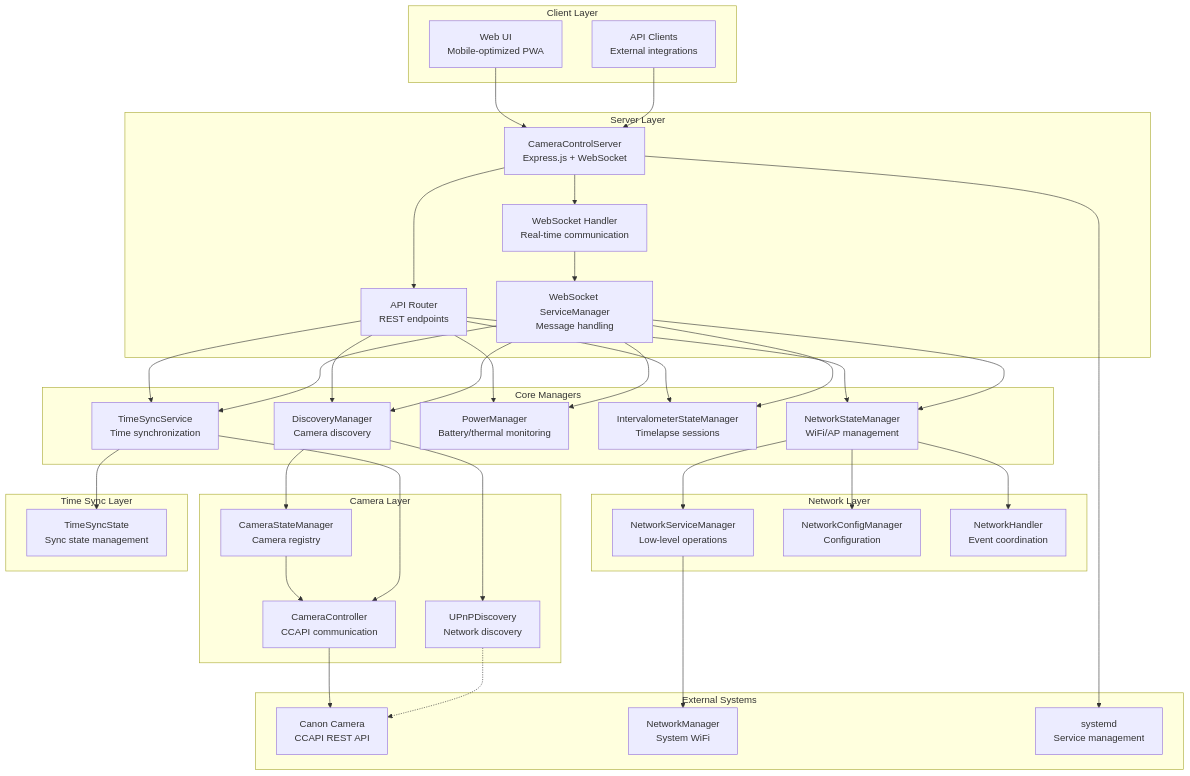
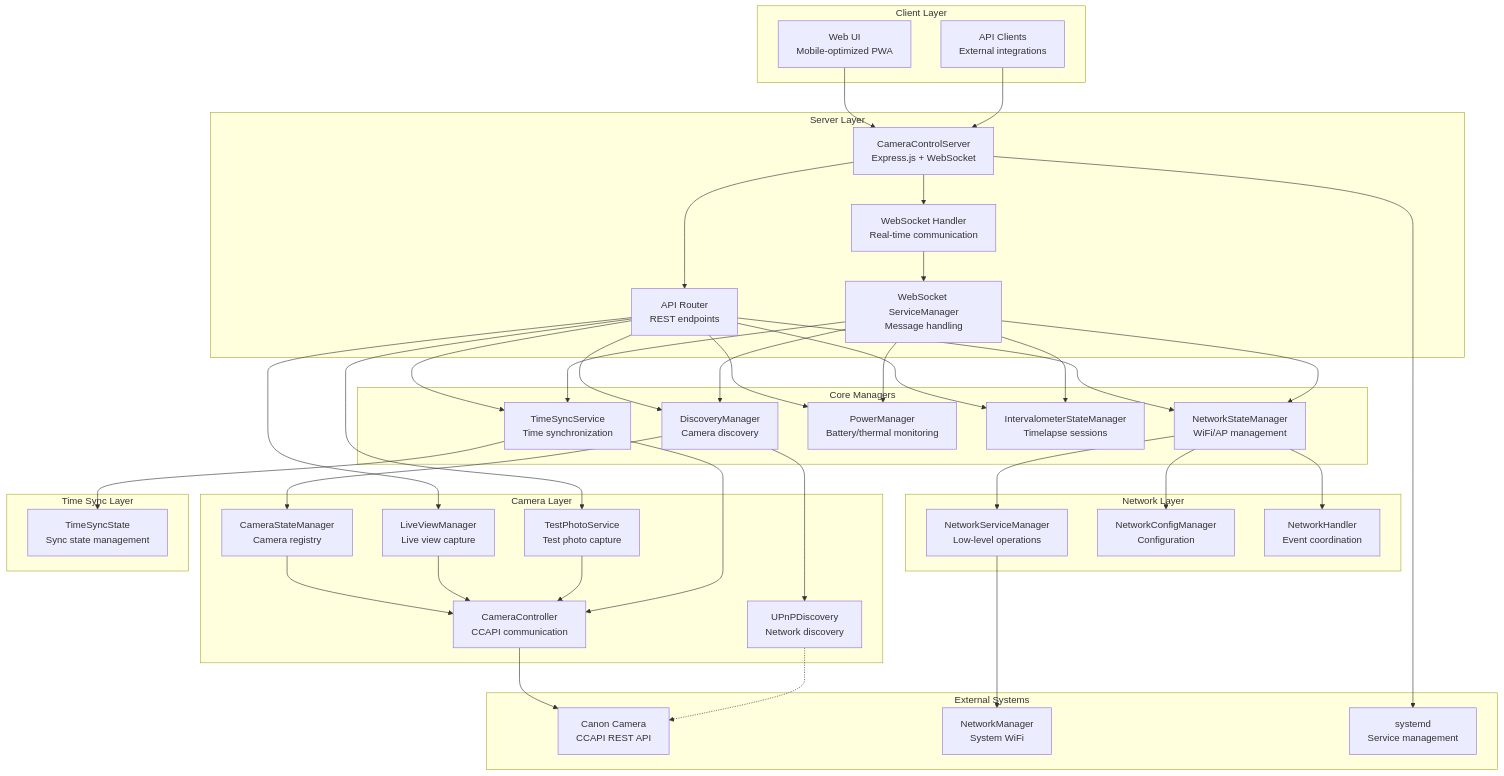
Before and after one commit to PapaMarky/pi-camera-control: the diagram in docs/design/architecture-overview.md, drawn with Mermaid. The commit also changed other lines of this file and 12 other files, not shown here.

First line of the commit message:
Add Test Photo feature with event polling and EXIF metadata (#49)

```diff
--- a/docs/design/architecture-overview.md
+++ b/docs/design/architecture-overview.md
@@ -38,6 +38,8 @@
     subgraph "Camera Layer"
         CAM_STATE[CameraStateManager<br/>Camera registry]
         CAM_CTRL[CameraController<br/>CCAPI communication]
+        LIVEVIEW[LiveViewManager<br/>Live view capture]
+        TESTPHOTO[TestPhotoService<br/>Test photo capture]
         UPNP[UPnPDiscovery<br/>Network discovery]
     end
 
@@ -68,6 +70,8 @@
     API --> POWER
     API --> INTERVAL
     API --> TIMESYNC
+    API --> LIVEVIEW
+    API --> TESTPHOTO
 
     WS_SVC --> DISC
     WS_SVC --> NET
@@ -78,6 +82,8 @@
     DISC --> CAM_STATE
     DISC --> UPNP
     CAM_STATE --> CAM_CTRL
+    LIVEVIEW --> CAM_CTRL
+    TESTPHOTO --> CAM_CTRL
 
     NET --> NET_SVC
     NET --> NET_CFG
```
